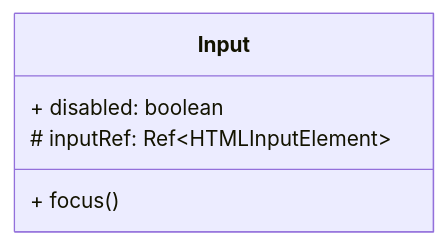
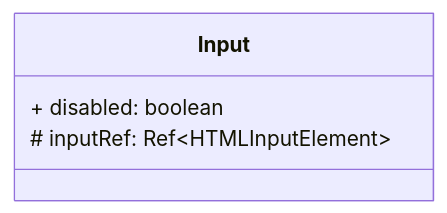
One commit to elgatosf/streamdeck changed the second of 3 diagrams in src/ui/mixins/README.md. Above: the diagram before and after it, drawn with Mermaid.

Commit message:
docs: fix diagrams of mixins

````diff
--- a/src/ui/mixins/README.md
+++ b/src/ui/mixins/README.md
@@ -21,8 +21,7 @@
 ```mermaid
 classDiagram
     class Input {
         + disabled: boolean
         # inputRef: Ref~HTMLInputElement~
-        + focus()
     }
 ```
````
